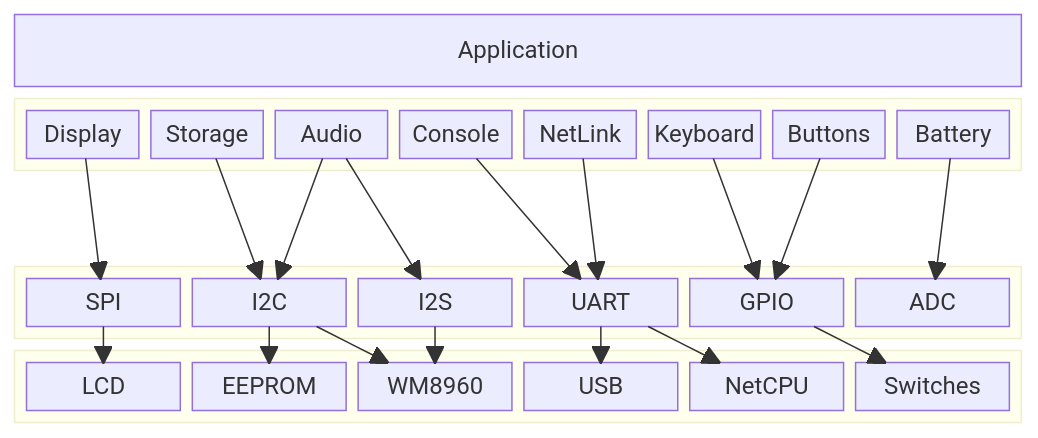
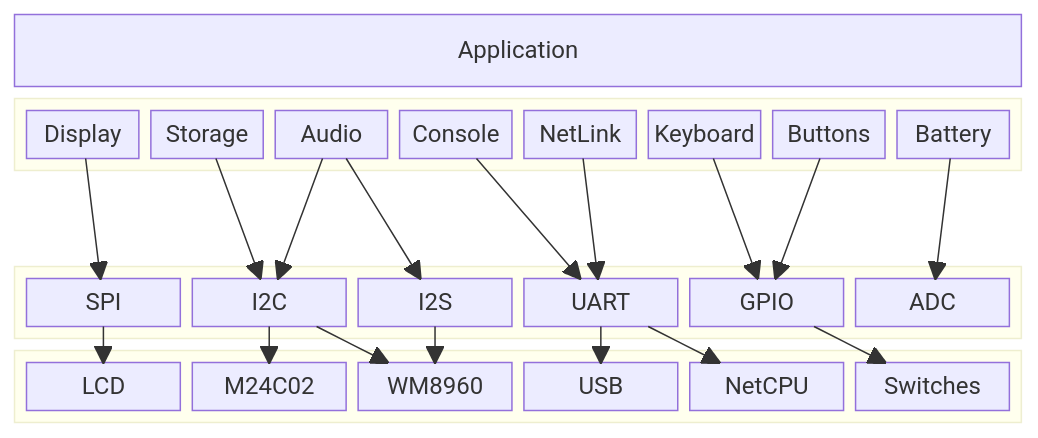
The third of 3 diagrams in Architecture.md (fluffy/bare-rust), drawn with Mermaid before and after one commit.

Commit message:
update eeprom

````diff
--- a/Architecture.md
+++ b/Architecture.md
@@ -42,48 +42,48 @@
 ```mermaid
 block-beta
 columns 1
   Application
   block:DEV
       Display
       Storage
       Audio
       Console
       NetLink
       Keyboard
       Buttons
       Battery
   end
   space
   block:HAL
     SPI
     I2C
     I2S
     UART
     GPIO
     ADC
   end
   block:Hardware
         LCD
-        EEPROM
+        M24C02
         WM8960
         USB
         NetCPU
         Switches
   end
   Keyboard --> GPIO
   Display --> SPI
   Audio --> I2S
   Audio --> I2C
   Storage --> I2C
   Battery --> ADC
   Console --> UART
   Buttons --> GPIO
   NetLink --> UART
   SPI --> LCD
   UART --> NetCPU
   I2C --> WM8960
   I2S --> WM8960
-  I2C --> EEPROM
+  I2C --> M24C02
   GPIO --> Switches
  UART --> USB
 ```
````
